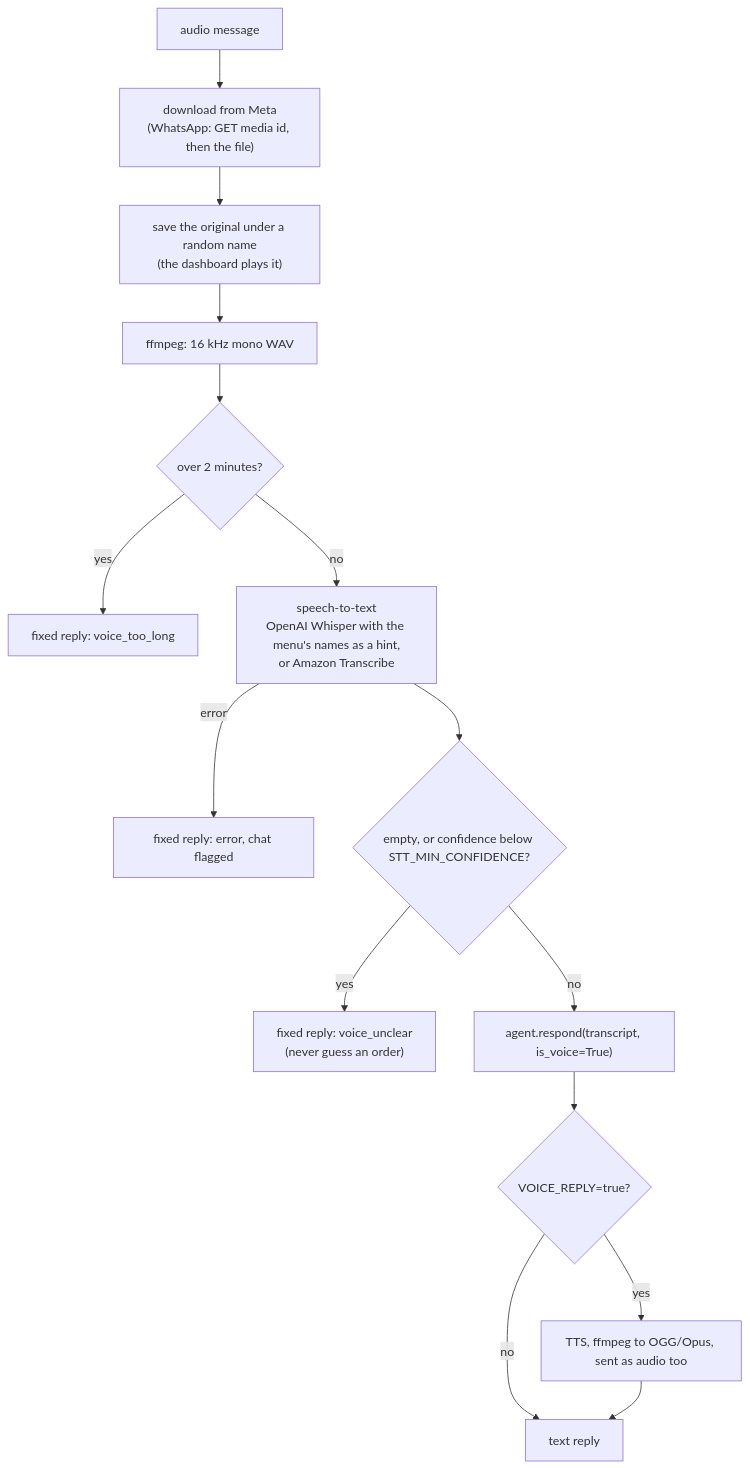
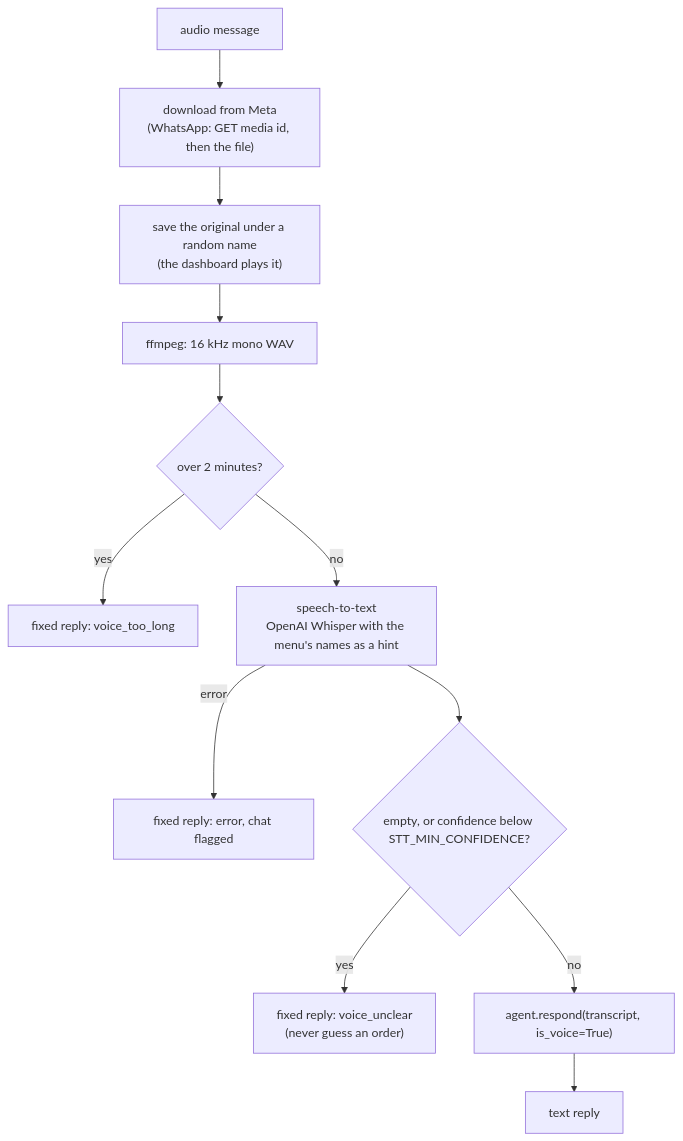
Before and after one commit to NiloyBhattacharjee/MITUai: diagram 16 of 28 in README.md, drawn with Mermaid. The commit also changed other lines of this file and 18 other files, not shown here.

First line of the commit message:
Drop Bedrock, Amazon Transcribe, spoken replies and owner emails

````diff
--- a/README.md
+++ b/README.md
@@ -622,17 +608,14 @@
 ```mermaid
 flowchart TD
     V["audio message"] --> DL["download from Meta<br/>(WhatsApp: GET media id, then the file)"]
     DL --> SAVE["save the original under a random name<br/>(the dashboard plays it)"]
     SAVE --> WAV["ffmpeg: 16 kHz mono WAV"]
     WAV --> LEN{"over 2 minutes?"}
     LEN -- "yes" --> TL["fixed reply: voice_too_long"]
-    LEN -- "no" --> STT["speech-to-text<br/>OpenAI Whisper with the menu's names as a hint,<br/>or Amazon Transcribe"]
+    LEN -- "no" --> STT["speech-to-text<br/>OpenAI Whisper with the menu's names as a hint"]
     STT -- "error" --> ER["fixed reply: error, chat flagged"]
     STT --> CF{"empty, or confidence below STT_MIN_CONFIDENCE?"}
     CF -- "yes" --> UN["fixed reply: voice_unclear<br/>(never guess an order)"]
     CF -- "no" --> AG["agent.respond(transcript, is_voice=True)"]
-    AG --> TTS{"VOICE_REPLY=true?"}
-    TTS -- "yes" --> OGG["TTS, ffmpeg to OGG/Opus, sent as audio too"]
-    TTS -- "no" --> TX["text reply"]
-    OGG --> TX
+    AG --> TX["text reply"]
 ```
````
